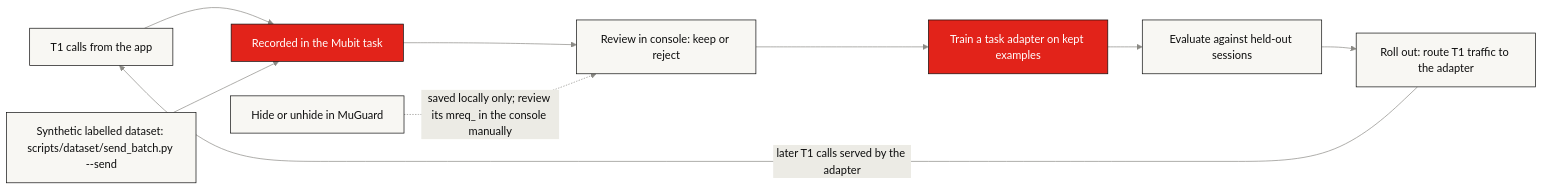
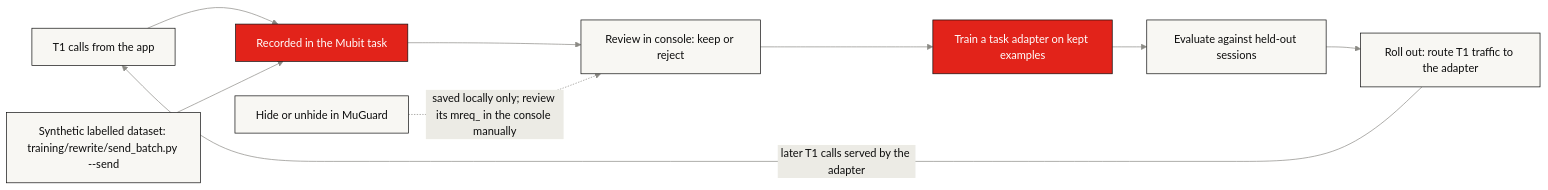
One commit to kolyamkl/night-shift changed the fourth of 4 diagrams in README.md. Above: the diagram before and after it, drawn with Mermaid. The commit also changed other lines of this file and 135 other files, not shown here.

````diff
--- a/README.md
+++ b/README.md
@@ -314,14 +314,14 @@
 ```mermaid
 %%{init: {"theme": "base", "themeVariables": {"fontFamily": "ui-monospace, SFMono-Regular, Menlo, monospace", "primaryColor": "#f8f7f3", "primaryTextColor": "#0d0d0d", "primaryBorderColor": "#0d0d0d", "lineColor": "#8b8a85", "edgeLabelBackground": "#ecebe5"}}}%%
 flowchart LR
     A["T1 calls from the app"] --> R["Recorded in the Mubit task"]
-    D["Synthetic labelled dataset: scripts/dataset/send_batch.py --send"] --> R
+    D["Synthetic labelled dataset: training/rewrite/send_batch.py --send"] --> R
     R --> V["Review in console: keep or reject"]
     V --> T["Train a task adapter on kept examples"]
     T --> E["Evaluate against held-out sessions"]
     E --> RT["Roll out: route T1 traffic to the adapter"]
     RT -->|"later T1 calls served by the adapter"| A
     H["Hide or unhide in MuGuard"] -.->|"saved locally only; review its mreq_ in the console manually"| V
     classDef mubit fill:#e2231a,stroke:#0d0d0d,color:#ffffff
     class R,T mubit
 ```
````
